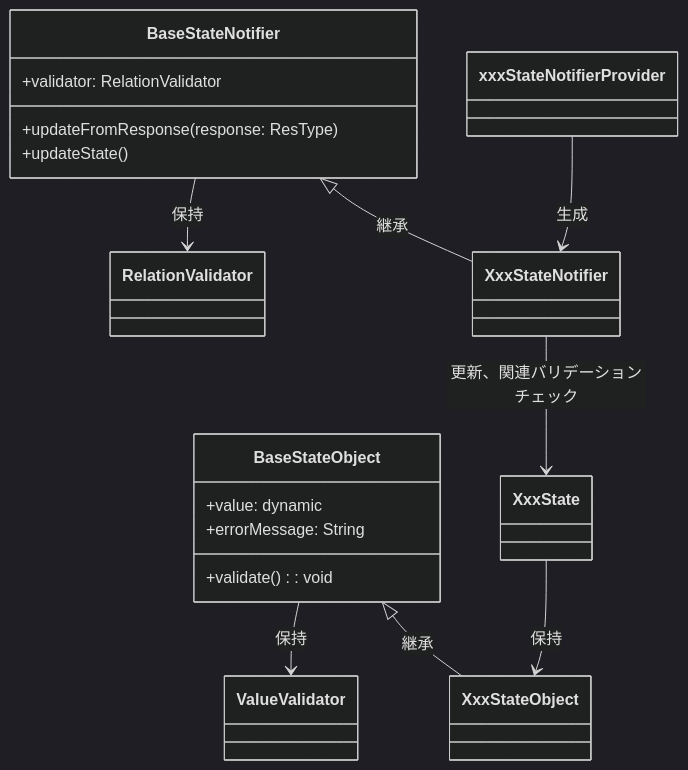
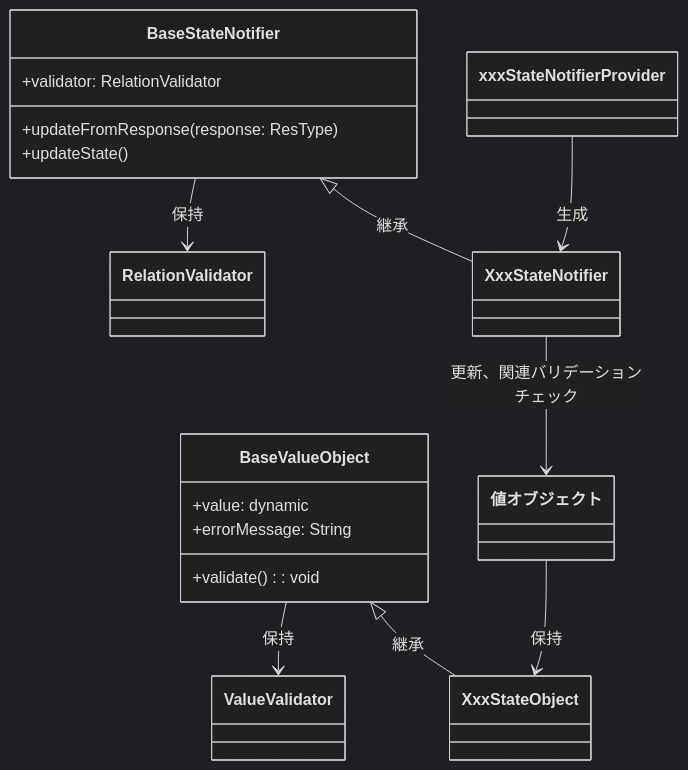
Before and after one commit to shuhei1101/allowance-questboard: the diagram in docs/ja/flutter/状態管理-state.md, drawn with Mermaid (dark theme). The commit also changed other lines of this file and 60 other files, not shown here.

````diff
--- a/docs/ja/flutter/状態管理-state.md
+++ b/docs/ja/flutter/状態管理-state.md
@@ -9,29 +9,29 @@
 ```mermaid
 classDiagram
     class ValueValidator
-    class BaseStateObject {
+    class BaseValueObject {
         +value: dynamic
         +validate(): void
         +errorMessage: String
     }
     class RelationValidator
     class BaseStateNotifier {
         +validator: RelationValidator
         +updateFromResponse(response: ResType)
         +updateState()
     }
     class XxxStateObject
-    class XxxState
+    class 値オブジェクト
     class XxxStateNotifier
     class xxxStateNotifierProvider
 
-    BaseStateObject --> ValueValidator : 保持
+    BaseValueObject --> ValueValidator : 保持
     BaseStateNotifier --> RelationValidator : 保持
 
-    BaseStateObject <|-- XxxStateObject : 継承
+    BaseValueObject <|-- XxxStateObject : 継承
     BaseStateNotifier <|-- XxxStateNotifier : 継承
 
-    XxxState --> XxxStateObject : 保持
-    XxxStateNotifier --> XxxState : 更新、関連バリデーションチェック
+    値オブジェクト --> XxxStateObject : 保持
+    XxxStateNotifier --> 値オブジェクト : 更新、関連バリデーションチェック
     xxxStateNotifierProvider --> XxxStateNotifier : 生成
 ```
````
